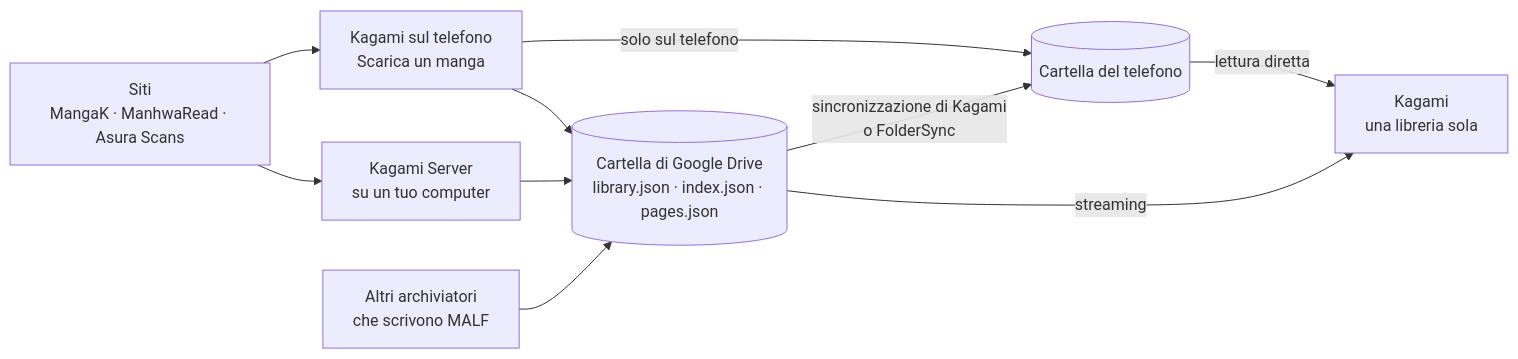
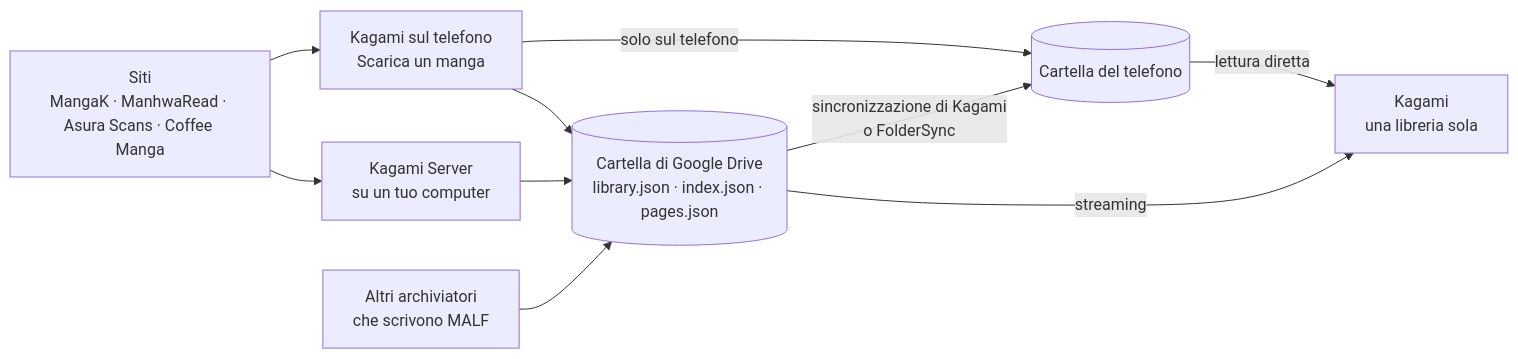
One commit to GabryXnLab/kagami changed the first of 3 diagrams in README.md. Above: the diagram before and after it, drawn with Mermaid. The commit also changed other lines of this file and 39 other files, not shown here.

````diff
--- a/README.md
+++ b/README.md
@@ -180,20 +185,20 @@
 ```mermaid
 flowchart LR
-  sites["Siti<br/>MangaK · ManhwaRead · Asura Scans"]
+  sites["Siti<br/>MangaK · ManhwaRead · Asura Scans · Coffee Manga"]
   phone["Kagami sul telefono<br/>Scarica un manga"]
   server["Kagami Server<br/>su un tuo computer"]
   others["Altri archiviatori<br/>che scrivono MALF"]
   drive[("Cartella di Google Drive<br/>library.json · index.json · pages.json")]
   local[("Cartella del telefono")]
   app["Kagami<br/>una libreria sola"]
 
   sites --> phone
   sites --> server
   phone --> drive
   server --> drive
   others --> drive
   phone -- "solo sul telefono" --> local
   drive -- "sincronizzazione di Kagami<br/>o FolderSync" --> local
   local -- "lettura diretta" --> app
   drive -- "streaming" --> app
 ```
````
